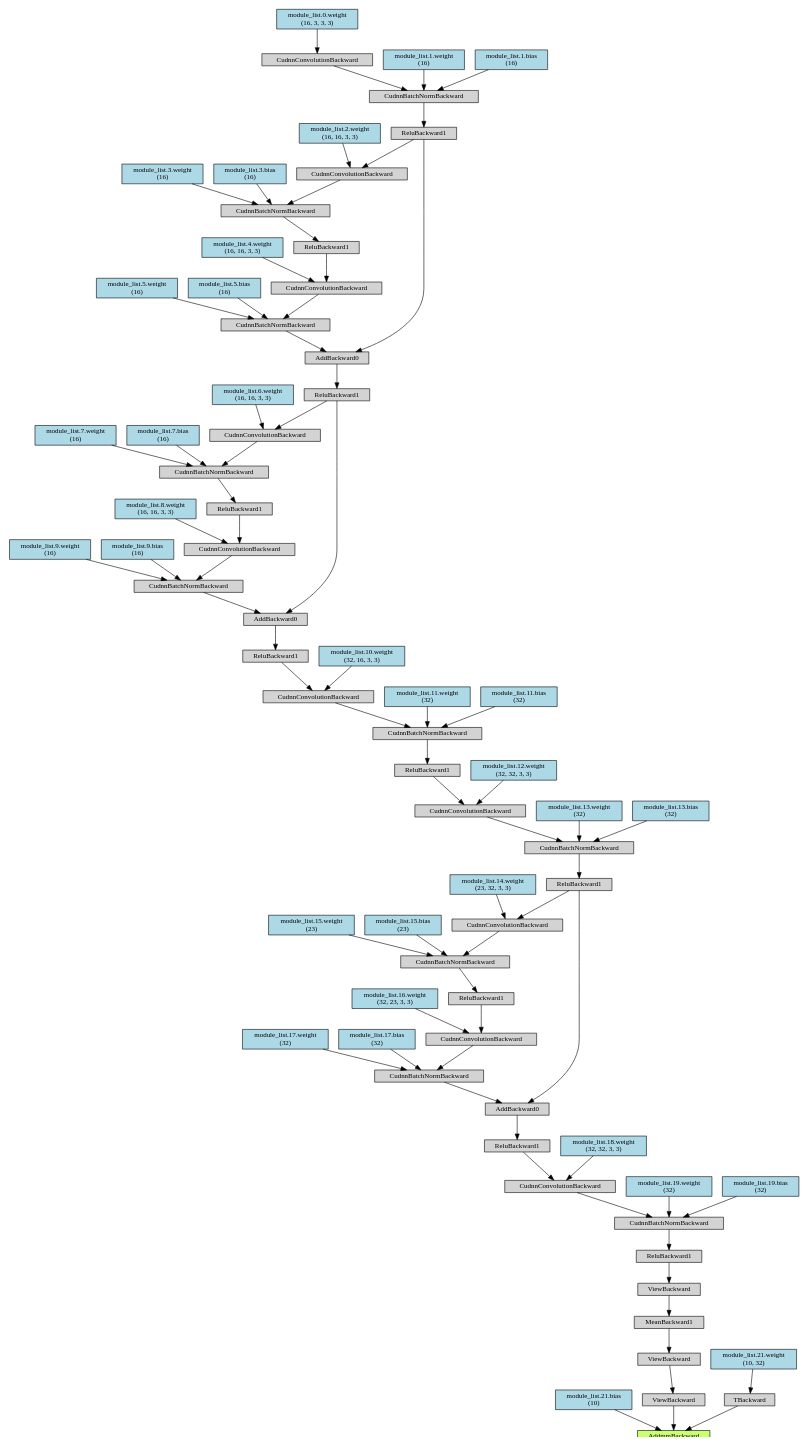
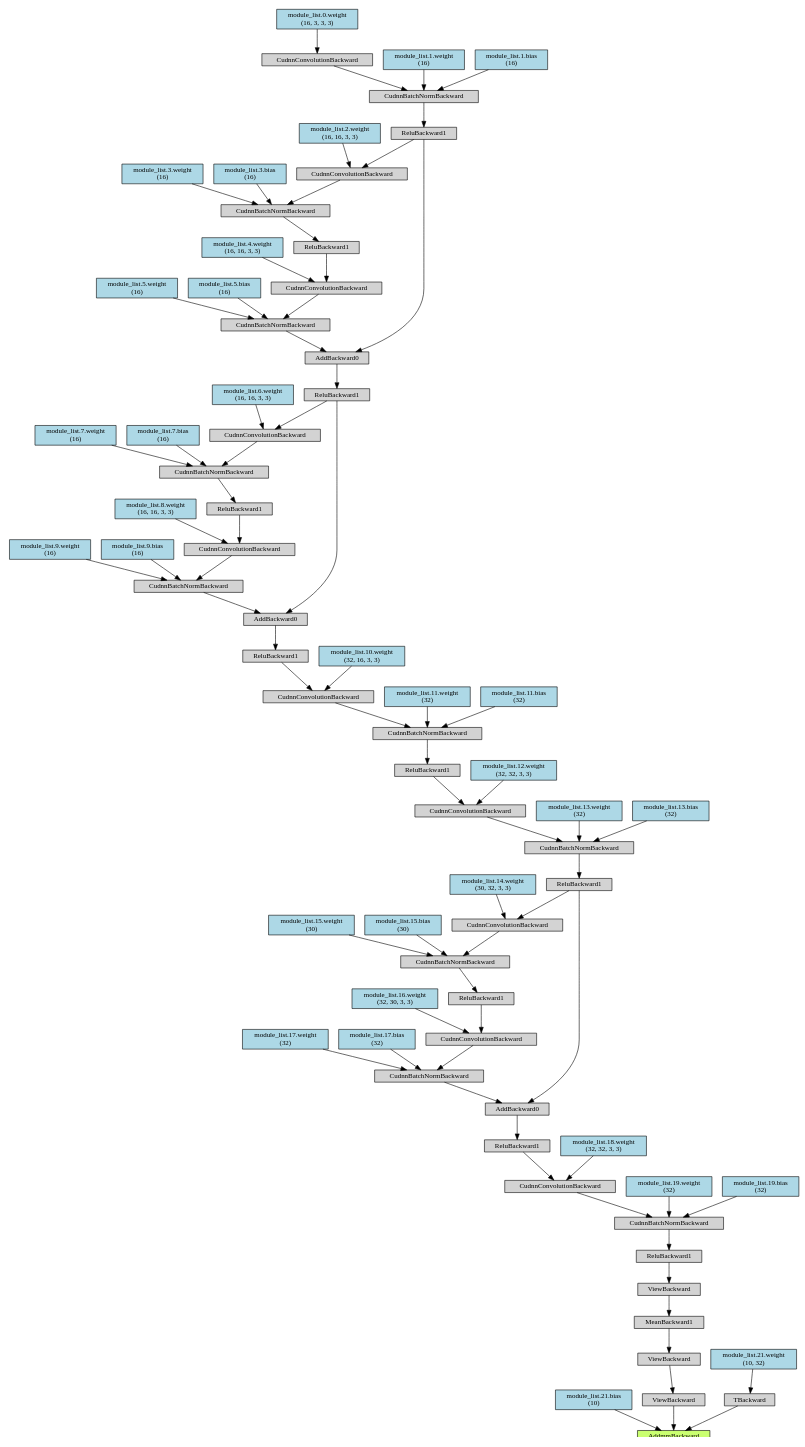
One commit to j3ssi/MA_Source changed the diagram in PruneTrain5_0.dot. Above: the diagram before and after it, drawn with Graphviz. The commit also changed 50 other files, not shown here.

```diff
--- a/PruneTrain5_0.dot
+++ b/PruneTrain5_0.dot
@@ -1,180 +1,180 @@
 digraph {
 	graph [size="21.599999999999998,21.599999999999998"]
 	node [align=left fontsize=12 height=0.2 ranksep=0.1 shape=box style=filled]
-	140704611466376 [label=AddmmBackward fillcolor=darkolivegreen1]
-	140704611264552 -> 140704611466376
-	140704611264552 [label="module_list.21.bias
+	140077340022600 [label=AddmmBackward fillcolor=darkolivegreen1]
+	140077340023440 -> 140077340022600
+	140077340023440 [label="module_list.21.bias
  (10)" fillcolor=lightblue]
-	140704605949400 -> 140704611466376
-	140704605949400 [label=ViewBackward]
-	140704605946320 -> 140704605949400
-	140704605946320 [label=ViewBackward]
-	140704605947048 -> 140704605946320
-	140704605947048 [label=MeanBackward1]
-	140704605946712 -> 140704605947048
-	140704605946712 [label=ViewBackward]
-	140704605946096 -> 140704605946712
-	140704605946096 [label=ReluBackward1]
-	140704605925160 -> 140704605946096
-	140704605925160 [label=CudnnBatchNormBackward]
-	140704605924824 -> 140704605925160
-	140704605924824 [label=CudnnConvolutionBackward]
-	140704605923816 -> 140704605924824
-	140704605923816 [label=ReluBackward1]
-	140704606416968 -> 140704605923816
-	140704606416968 [label=AddBackward0]
-	140704606377800 -> 140704606416968
-	140704606377800 [label=ReluBackward1]
-	140704606379648 -> 140704606377800
-	140704606379648 [label=CudnnBatchNormBackward]
-	140704471786216 -> 140704606379648
-	140704471786216 [label=CudnnConvolutionBackward]
-	140704471786440 -> 140704471786216
-	140704471786440 [label=ReluBackward1]
-	140704471786608 -> 140704471786440
-	140704471786608 [label=CudnnBatchNormBackward]
-	140704471786720 -> 140704471786608
-	140704471786720 [label=CudnnConvolutionBackward]
-	140704471786944 -> 140704471786720
-	140704471786944 [label=ReluBackward1]
-	140704471787112 -> 140704471786944
-	140704471787112 [label=AddBackward0]
-	140704471787224 -> 140704471787112
-	140704471787224 [label=ReluBackward1]
-	140704471787392 -> 140704471787224
-	140704471787392 [label=AddBackward0]
-	140704471787504 -> 140704471787392
-	140704471787504 [label=ReluBackward1]
-	140704471787672 -> 140704471787504
-	140704471787672 [label=CudnnBatchNormBackward]
-	140704471787840 -> 140704471787672
-	140704471787840 [label=CudnnConvolutionBackward]
-	140704471788064 -> 140704471787840
-	140704471788064 [label="module_list.0.weight
+	140077341035712 -> 140077340022600
+	140077341035712 [label=ViewBackward]
+	140077339588144 -> 140077341035712
+	140077339588144 [label=ViewBackward]
+	140077339588312 -> 140077339588144
+	140077339588312 [label=MeanBackward1]
+	140077340039936 -> 140077339588312
+	140077340039936 [label=ViewBackward]
+	140077339623040 -> 140077340039936
+	140077339623040 [label=ReluBackward1]
+	140077339621976 -> 140077339623040
+	140077339621976 [label=CudnnBatchNormBackward]
+	140076669825320 -> 140077339621976
+	140076669825320 [label=CudnnConvolutionBackward]
+	140076669825544 -> 140076669825320
+	140076669825544 [label=ReluBackward1]
+	140076669825712 -> 140076669825544
+	140076669825712 [label=AddBackward0]
+	140076669825880 -> 140076669825712
+	140076669825880 [label=ReluBackward1]
+	140076669826048 -> 140076669825880
+	140076669826048 [label=CudnnBatchNormBackward]
+	140076669826216 -> 140076669826048
+	140076669826216 [label=CudnnConvolutionBackward]
+	140076669826440 -> 140076669826216
+	140076669826440 [label=ReluBackward1]
+	140076669826608 -> 140076669826440
+	140076669826608 [label=CudnnBatchNormBackward]
+	140076669826776 -> 140076669826608
+	140076669826776 [label=CudnnConvolutionBackward]
+	140076669827000 -> 140076669826776
+	140076669827000 [label=ReluBackward1]
+	140076669827168 -> 140076669827000
+	140076669827168 [label=AddBackward0]
+	140076669827336 -> 140076669827168
+	140076669827336 [label=ReluBackward1]
+	140076669827504 -> 140076669827336
+	140076669827504 [label=AddBackward0]
+	140076669827672 -> 140076669827504
+	140076669827672 [label=ReluBackward1]
+	140076669827840 -> 140076669827672
+	140076669827840 [label=CudnnBatchNormBackward]
+	140076669828008 -> 140076669827840
+	140076669828008 [label=CudnnConvolutionBackward]
+	140076669828232 -> 140076669828008
+	140076669828232 [label="module_list.0.weight
  (16, 3, 3, 3)" fillcolor=lightblue]
-	140704471787896 -> 140704471787672
-	140704471787896 [label="module_list.1.weight
+	140076669828064 -> 140076669827840
+	140076669828064 [label="module_list.1.weight
  (16)" fillcolor=lightblue]
-	140704471787952 -> 140704471787672
-	140704471787952 [label="module_list.1.bias
+	140076669828120 -> 140076669827840
+	140076669828120 [label="module_list.1.bias
  (16)" fillcolor=lightblue]
-	140704471787560 -> 140704471787392
-	140704471787560 [label=CudnnBatchNormBackward]
-	140704471787728 -> 140704471787560
-	140704471787728 [label=CudnnConvolutionBackward]
-	140704471788176 -> 140704471787728
-	140704471788176 [label=ReluBackward1]
-	140704471788400 -> 140704471788176
-	140704471788400 [label=CudnnBatchNormBackward]
-	140704471788512 -> 140704471788400
-	140704471788512 [label=CudnnConvolutionBackward]
-	140704471787504 -> 140704471788512
-	140704471788736 -> 140704471788512
-	140704471788736 [label="module_list.2.weight
+	140076669827728 -> 140076669827504
+	140076669827728 [label=CudnnBatchNormBackward]
+	140076669827896 -> 140076669827728
+	140076669827896 [label=CudnnConvolutionBackward]
+	140076669828344 -> 140076669827896
+	140076669828344 [label=ReluBackward1]
+	140076669828568 -> 140076669828344
+	140076669828568 [label=CudnnBatchNormBackward]
+	140076669828680 -> 140076669828568
+	140076669828680 [label=CudnnConvolutionBackward]
+	140076669827672 -> 140076669828680
+	140076669828904 -> 140076669828680
+	140076669828904 [label="module_list.2.weight
  (16, 16, 3, 3)" fillcolor=lightblue]
-	140704471788568 -> 140704471788400
-	140704471788568 [label="module_list.3.weight
+	140076669828736 -> 140076669828568
+	140076669828736 [label="module_list.3.weight
  (16)" fillcolor=lightblue]
-	140704471788624 -> 140704471788400
-	140704471788624 [label="module_list.3.bias
+	140076669828792 -> 140076669828568
+	140076669828792 [label="module_list.3.bias
  (16)" fillcolor=lightblue]
-	140704471788288 -> 140704471787728
-	140704471788288 [label="module_list.4.weight
+	140076669828456 -> 140076669827896
+	140076669828456 [label="module_list.4.weight
  (16, 16, 3, 3)" fillcolor=lightblue]
-	140704471788008 -> 140704471787560
-	140704471788008 [label="module_list.5.weight
+	140076669828176 -> 140076669827728
+	140076669828176 [label="module_list.5.weight
  (16)" fillcolor=lightblue]
-	140704471788120 -> 140704471787560
-	140704471788120 [label="module_list.5.bias
+	140076669828288 -> 140076669827728
+	140076669828288 [label="module_list.5.bias
  (16)" fillcolor=lightblue]
-	140704471787280 -> 140704471787112
-	140704471787280 [label=CudnnBatchNormBackward]
-	140704471787448 -> 140704471787280
-	140704471787448 [label=CudnnConvolutionBackward]
-	140704471788680 -> 140704471787448
-	140704471788680 [label=ReluBackward1]
-	140704471788904 -> 140704471788680
-	140704471788904 [label=CudnnBatchNormBackward]
-	140704471788848 -> 140704471788904
-	140704471788848 [label=CudnnConvolutionBackward]
-	140704471787224 -> 140704471788848
-	140704471789184 -> 140704471788848
-	140704471789184 [label="module_list.6.weight
+	140076669827392 -> 140076669827168
+	140076669827392 [label=CudnnBatchNormBackward]
+	140076669827560 -> 140076669827392
+	140076669827560 [label=CudnnConvolutionBackward]
+	140076669828848 -> 140076669827560
+	140076669828848 [label=ReluBackward1]
+	140076669829072 -> 140076669828848
+	140076669829072 [label=CudnnBatchNormBackward]
+	140077228122184 -> 140076669829072
+	140077228122184 [label=CudnnConvolutionBackward]
+	140076669827336 -> 140077228122184
+	140077228122408 -> 140077228122184
+	140077228122408 [label="module_list.6.weight
  (16, 16, 3, 3)" fillcolor=lightblue]
-	140704471789016 -> 140704471788904
-	140704471789016 [label="module_list.7.weight
+	140077228122240 -> 140076669829072
+	140077228122240 [label="module_list.7.weight
  (16)" fillcolor=lightblue]
-	140704471789072 -> 140704471788904
-	140704471789072 [label="module_list.7.bias
+	140077228122296 -> 140076669829072
+	140077228122296 [label="module_list.7.bias
  (16)" fillcolor=lightblue]
-	140704471788792 -> 140704471787448
-	140704471788792 [label="module_list.8.weight
+	140076669828960 -> 140076669827560
+	140076669828960 [label="module_list.8.weight
  (16, 16, 3, 3)" fillcolor=lightblue]
-	140704471787616 -> 140704471787280
-	140704471787616 [label="module_list.9.weight
+	140076669827784 -> 140076669827392
+	140076669827784 [label="module_list.9.weight
  (16)" fillcolor=lightblue]
-	140704471788232 -> 140704471787280
-	140704471788232 [label="module_list.9.bias
+	140076669828400 -> 140076669827392
+	140076669828400 [label="module_list.9.bias
  (16)" fillcolor=lightblue]
-	140704471787000 -> 140704471786720
-	140704471787000 [label="module_list.10.weight
+	140076669827056 -> 140076669826776
+	140076669827056 [label="module_list.10.weight
  (32, 16, 3, 3)" fillcolor=lightblue]
-	140704471786776 -> 140704471786608
-	140704471786776 [label="module_list.11.weight
+	140076669826832 -> 140076669826608
+	140076669826832 [label="module_list.11.weight
  (32)" fillcolor=lightblue]
-	140704471786832 -> 140704471786608
-	140704471786832 [label="module_list.11.bias
+	140076669826888 -> 140076669826608
+	140076669826888 [label="module_list.11.bias
  (32)" fillcolor=lightblue]
-	140704471786496 -> 140704471786216
-	140704471786496 [label="module_list.12.weight
+	140076669826496 -> 140076669826216
+	140076669826496 [label="module_list.12.weight
  (32, 32, 3, 3)" fillcolor=lightblue]
-	140704471786272 -> 140704606379648
-	140704471786272 [label="module_list.13.weight
+	140076669826272 -> 140076669826048
+	140076669826272 [label="module_list.13.weight
  (32)" fillcolor=lightblue]
-	140704471786328 -> 140704606379648
-	140704471786328 [label="module_list.13.bias
+	140076669826328 -> 140076669826048
+	140076669826328 [label="module_list.13.bias
  (32)" fillcolor=lightblue]
-	140704606378696 -> 140704606416968
-	140704606378696 [label=CudnnBatchNormBackward]
-	140704471786160 -> 140704606378696
-	140704471786160 [label=CudnnConvolutionBackward]
-	140704471787056 -> 140704471786160
-	140704471787056 [label=ReluBackward1]
-	140704471788344 -> 140704471787056
-	140704471788344 [label=CudnnBatchNormBackward]
-	140704471788456 -> 140704471788344
-	140704471788456 [label=CudnnConvolutionBackward]
-	140704606377800 -> 140704471788456
-	140704471789352 -> 140704471788456
-	140704471789352 [label="module_list.14.weight
- (23, 32, 3, 3)" fillcolor=lightblue]
-	140704471789128 -> 140704471788344
-	140704471789128 [label="module_list.15.weight
- (23)" fillcolor=lightblue]
-	140704471789240 -> 140704471788344
-	140704471789240 [label="module_list.15.bias
- (23)" fillcolor=lightblue]
-	140704471786664 -> 140704471786160
-	140704471786664 [label="module_list.16.weight
- (32, 23, 3, 3)" fillcolor=lightblue]
-	140704471786384 -> 140704606378696
-	140704471786384 [label="module_list.17.weight
+	140076669825936 -> 140076669825712
+	140076669825936 [label=CudnnBatchNormBackward]
+	140076669826104 -> 140076669825936
+	140076669826104 [label=CudnnConvolutionBackward]
+	140076669827112 -> 140076669826104
+	140076669827112 [label=ReluBackward1]
+	140076669828512 -> 140076669827112
+	140076669828512 [label=CudnnBatchNormBackward]
+	140076669828624 -> 140076669828512
+	140076669828624 [label=CudnnConvolutionBackward]
+	140076669825880 -> 140076669828624
+	140077228122576 -> 140076669828624
+	140077228122576 [label="module_list.14.weight
+ (30, 32, 3, 3)" fillcolor=lightblue]
+	140076669829016 -> 140076669828512
+	140076669829016 [label="module_list.15.weight
+ (30)" fillcolor=lightblue]
+	140077228122352 -> 140076669828512
+	140077228122352 [label="module_list.15.bias
+ (30)" fillcolor=lightblue]
+	140076669826664 -> 140076669826104
+	140076669826664 [label="module_list.16.weight
+ (32, 30, 3, 3)" fillcolor=lightblue]
+	140076669826384 -> 140076669825936
+	140076669826384 [label="module_list.17.weight
  (32)" fillcolor=lightblue]
-	140704471786552 -> 140704606378696
-	140704471786552 [label="module_list.17.bias
+	140076669826552 -> 140076669825936
+	140076669826552 [label="module_list.17.bias
  (32)" fillcolor=lightblue]
-	140704605923480 -> 140704605924824
-	140704605923480 [label="module_list.18.weight
+	140076669825600 -> 140076669825320
+	140076669825600 [label="module_list.18.weight
  (32, 32, 3, 3)" fillcolor=lightblue]
-	140704605924936 -> 140704605925160
-	140704605924936 [label="module_list.19.weight
+	140076669825376 -> 140077339621976
+	140076669825376 [label="module_list.19.weight
  (32)" fillcolor=lightblue]
-	140704605924488 -> 140704605925160
-	140704605924488 [label="module_list.19.bias
+	140076669825432 -> 140077339621976
+	140076669825432 [label="module_list.19.bias
  (32)" fillcolor=lightblue]
-	140704605949512 -> 140704611466376
-	140704605949512 [label=TBackward]
-	140704605949120 -> 140704605949512
-	140704605949120 [label="module_list.21.weight
+	140077341734616 -> 140077340022600
+	140077341734616 [label=TBackward]
+	140077339589768 -> 140077341734616
+	140077339589768 [label="module_list.21.weight
  (10, 32)" fillcolor=lightblue]
 }
```
